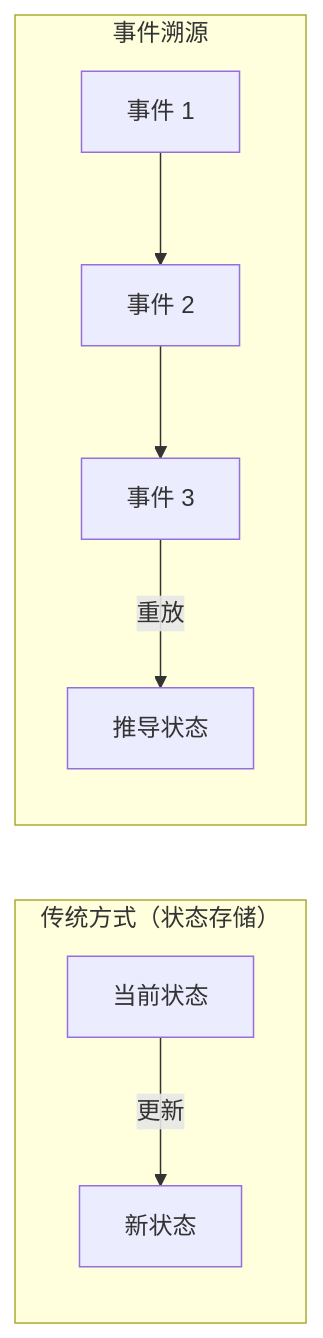
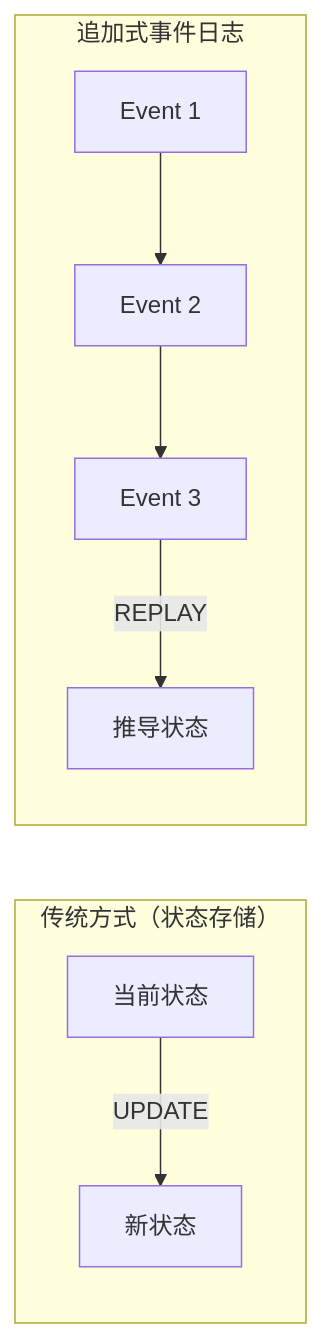
Before and after one commit to Timwood0x10/ARES: the first of 6 diagrams in docs/articles/zh/08-event-system-deep-dive.md, drawn with Mermaid. The commit also changed other lines of this file and 2423 other files, not shown here.

````diff
--- a/docs/articles/zh/08-event-system-deep-dive.md
+++ b/docs/articles/zh/08-event-system-deep-dive.md
@@ -29,12 +17,12 @@
 ```mermaid
 graph LR
     subgraph "传统方式（状态存储）"
-        S1[当前状态] -->|更新| S2[新状态]
+        S1[当前状态] -->|UPDATE| S2[新状态]
     end
 
-    subgraph "事件溯源"
-        E1[事件 1] --> E2[事件 2]
-        E2 --> E3[事件 3]
-        E3 -->|重放| STATE[推导状态]
+    subgraph "追加式事件日志"
+        E1[Event 1] --> E2[Event 2]
+        E2 --> E3[Event 3]
+        E3 -->|REPLAY| STATE[推导状态]
     end
 ```
````
